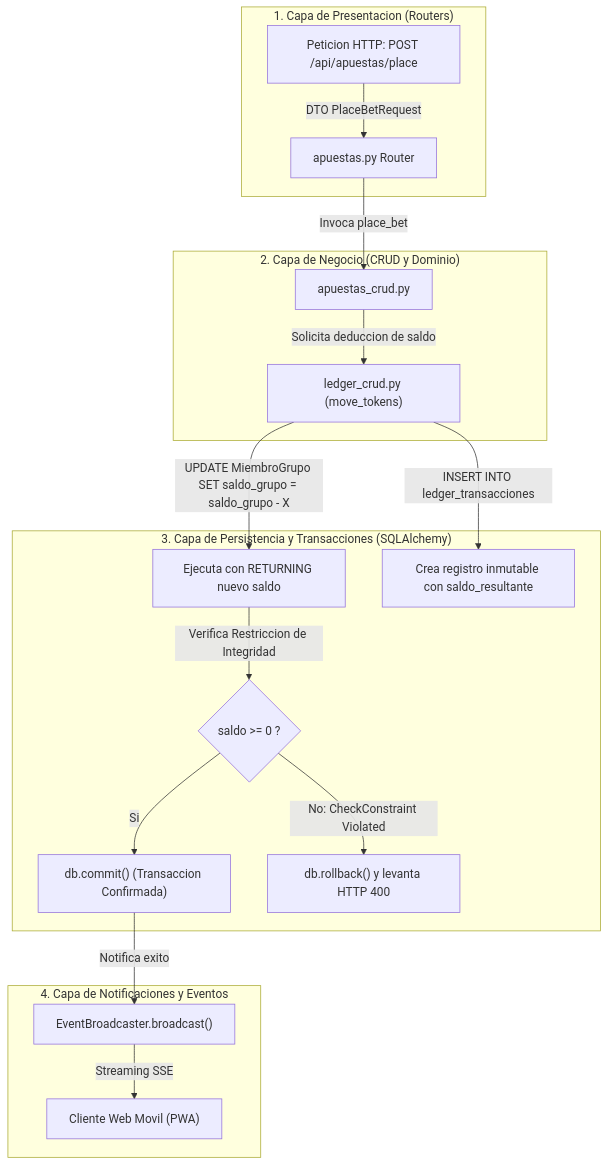
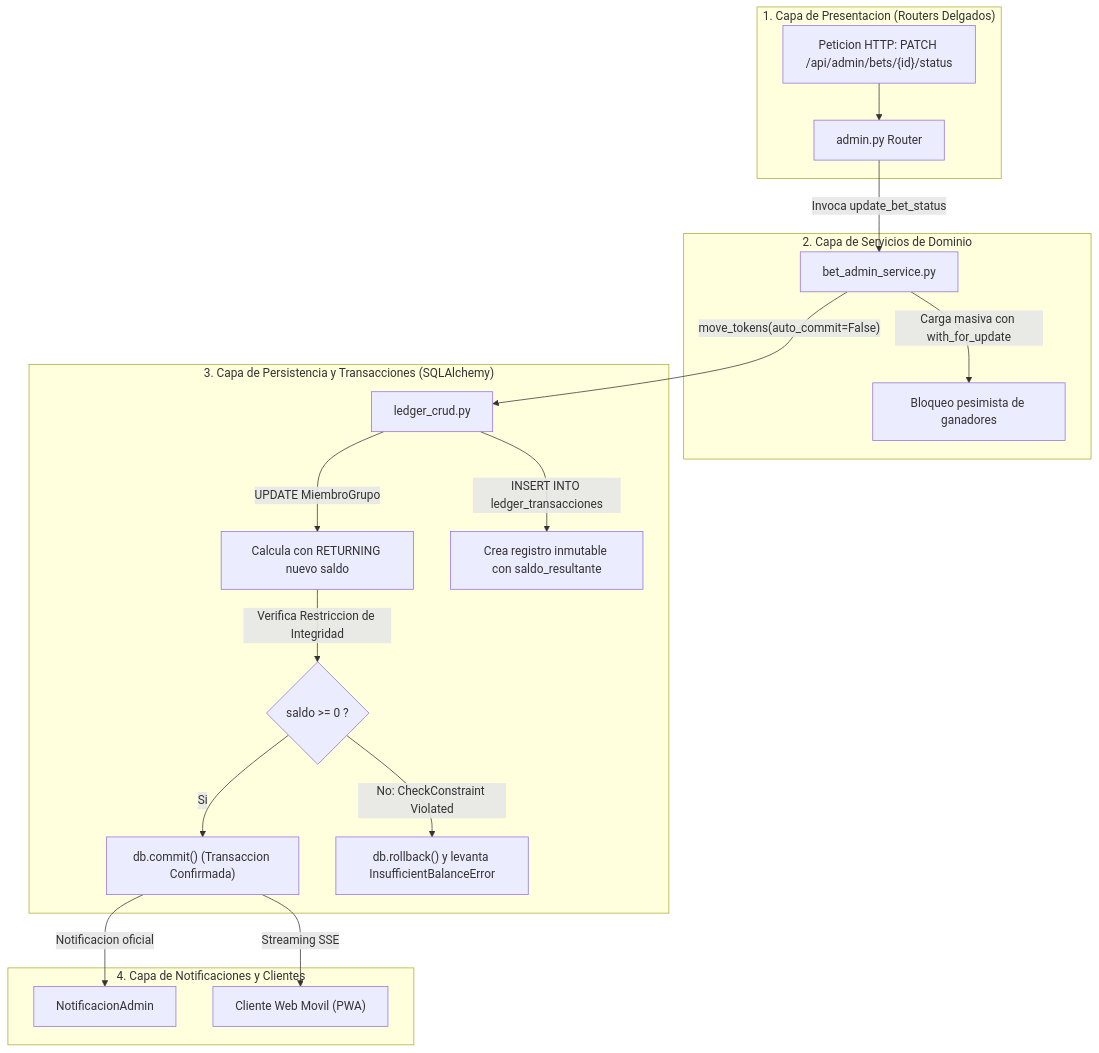
The diagram in obsidian_vault/07 - Arquitectura y Patrones Software/07.4 - Patrones Arquitectonicos y Motor Transaccional Ledger.md (ivii-devs/questfest), drawn with Mermaid before and after one commit. The commit also changed other lines of this file and 2 other files, not shown here.

Commit message:
docs(vault): actualizar notas sobre zustand service worker y capa de servicios

````diff
--- a/obsidian_vault/07 - Arquitectura y Patrones Software/07.4 - Patrones Arquitectonicos y Motor Transaccional Ledger.md
+++ b/obsidian_vault/07 - Arquitectura y Patrones Software/07.4 - Patrones Arquitectonicos y Motor Transaccional Ledger.md
@@ -76,25 +82,26 @@
 ```mermaid
 graph TD
-    subgraph "1. Capa de Presentacion (Routers)"
-        REQ["Peticion HTTP: POST /api/apuestas/place"] -->|"DTO PlaceBetRequest"| ROU["apuestas.py Router"]
+    subgraph "1. Capa de Presentacion (Routers Delgados)"
+        REQ["Peticion HTTP: PATCH /api/admin/bets/{id}/status"] --> ROU["admin.py Router"]
     end
 
-    subgraph "2. Capa de Negocio (CRUD y Dominio)"
-        ROU -->|"Invoca place_bet"| APU["apuestas_crud.py"]
-        APU -->|"Solicita deduccion de saldo"| LED["ledger_crud.py (move_tokens)"]
+    subgraph "2. Capa de Servicios de Dominio"
+        ROU -->|"Invoca update_bet_status"| BAS["bet_admin_service.py"]
+        BAS -->|"Carga masiva con with_for_update"| LOCK["Bloqueo pesimista de ganadores"]
     end
 
     subgraph "3. Capa de Persistencia y Transacciones (SQLAlchemy)"
-        LED -->|"UPDATE MiembroGrupo SET saldo_grupo = saldo_grupo - X"| RET["Ejecuta con RETURNING nuevo saldo"]
+        BAS -->|"move_tokens(auto_commit=False)"| LED["ledger_crud.py"]
+        LED -->|"UPDATE MiembroGrupo"| RET["Calcula con RETURNING nuevo saldo"]
         LED -->|"INSERT INTO ledger_transacciones"| TX["Crea registro inmutable con saldo_resultante"]
         
         RET -->|"Verifica Restriccion de Integridad"| CHK{"saldo >= 0 ?"}
         CHK -->|"Si"| CMT["db.commit() (Transaccion Confirmada)"]
-        CHK -->|"No: CheckConstraint Violated"| RBK["db.rollback() y levanta HTTP 400"]
+        CHK -->|"No: CheckConstraint Violated"| RBK["db.rollback() y levanta InsufficientBalanceError"]
     end
 
-    subgraph "4. Capa de Notificaciones y Eventos"
-        CMT -->|"Notifica exito"| OBS["EventBroadcaster.broadcast()"]
-        OBS -->|"Streaming SSE"| MOB["Cliente Web Movil (PWA)"]
+    subgraph "4. Capa de Notificaciones y Clientes"
+        CMT -->|"Notificacion oficial"| NOT["NotificacionAdmin"]
+        CMT -->|"Streaming SSE"| MOB["Cliente Web Movil (PWA)"]
     end
 ```
````
